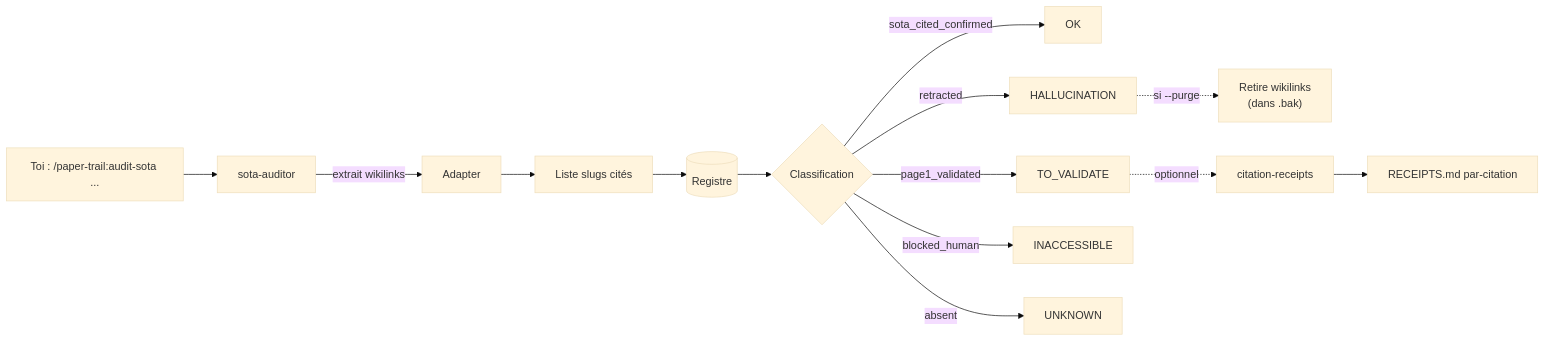
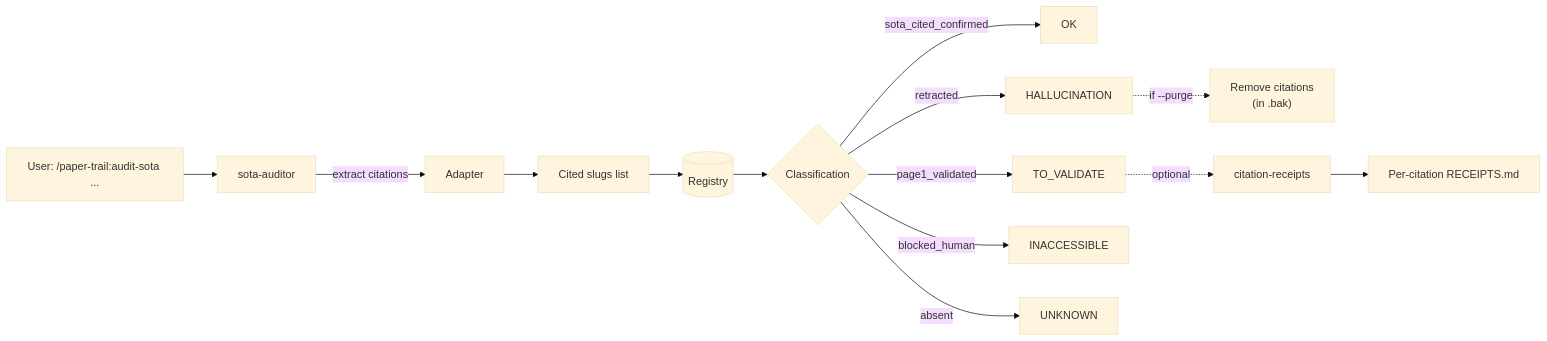
The third of 4 diagrams in docs/ARCHITECTURE.md (roomi-fields/paper-trail), drawn with Mermaid (base theme) before and after one commit. The commit also changed other lines of this file and 11 other files, not shown here.

````diff
--- a/docs/ARCHITECTURE.md
+++ b/docs/ARCHITECTURE.md
@@ -137,16 +137,16 @@
 ```mermaid
 flowchart LR
-    U["Toi : /paper-trail:audit-sota ..."] --> SA[sota-auditor]
-    SA -->|extrait wikilinks| ADAPTER[Adapter]
-    ADAPTER --> CITED["Liste slugs cités"]
-    CITED --> REG[(Registre)]
+    U["User: /paper-trail:audit-sota ..."] --> SA[sota-auditor]
+    SA -->|extract citations| ADAPTER[Adapter]
+    ADAPTER --> CITED["Cited slugs list"]
+    CITED --> REG[(Registry)]
     REG --> CLASS{Classification}
     CLASS -->|sota_cited_confirmed| OK[OK]
     CLASS -->|page1_validated| TV[TO_VALIDATE]
     CLASS -->|retracted| HAL[HALLUCINATION]
     CLASS -->|blocked_human| INACC[INACCESSIBLE]
     CLASS -->|absent| UNK[UNKNOWN]
-    HAL -.si --purge.-> PURGE["Retire wikilinks<br/>(dans .bak)"]
-    TV -.optionnel.-> CR[citation-receipts]
-    CR --> REC["RECEIPTS.md par-citation"]
+    HAL -.if --purge.-> PURGE["Remove citations<br/>(in .bak)"]
+    TV -.optional.-> CR[citation-receipts]
+    CR --> REC["Per-citation RECEIPTS.md"]
 ```
````
